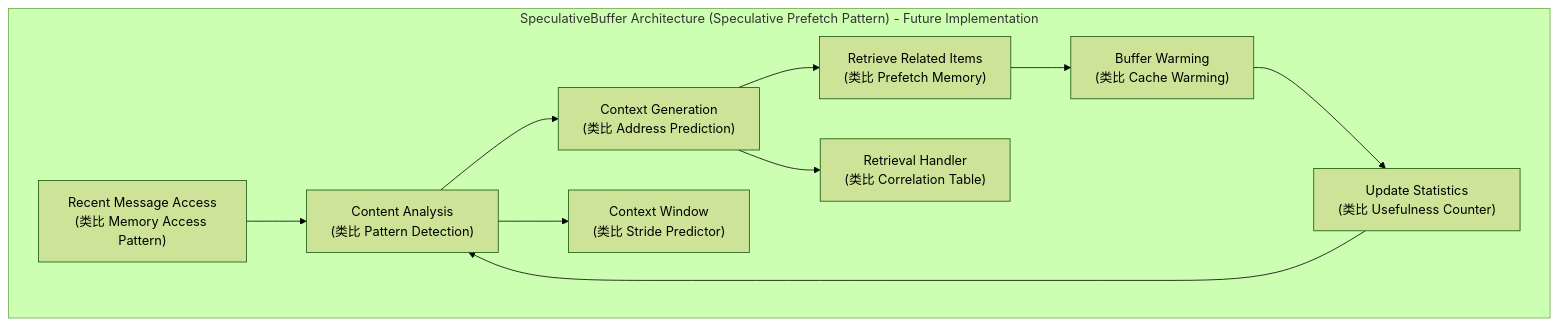
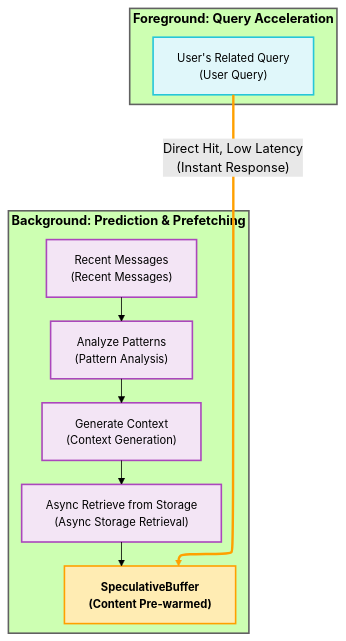
Before and after one commit to memfuse/memfuse: diagram 15 of 25 in docs/architecture/buffer.md, drawn with Mermaid (forest theme). The commit also changed other lines of this file and 40 other files, not shown here.

First line of the commit message:
feat(buffer): update architecture and implementation status

````diff
--- a/docs/architecture/buffer.md
+++ b/docs/architecture/buffer.md
@@ -559,18 +638,37 @@
 ```mermaid
-graph TB
-    subgraph "SpeculativeBuffer Architecture (Speculative Prefetch Pattern) - Future Implementation"
-        A["Recent Message Access<br/>(类比 Memory Access Pattern)"] --> B["Content Analysis<br/>(类比 Pattern Detection)"]
-        B --> C["Context Generation<br/>(类比 Address Prediction)"]
-        C --> D["Retrieve Related Items<br/>(类比 Prefetch Memory)"]
-        D --> E["Buffer Warming<br/>(类比 Cache Warming)"]
-
-        F["Context Window<br/>(类比 Stride Predictor)"]
-        G["Retrieval Handler<br/>(类比 Correlation Table)"]
-        H["Update Statistics<br/>(类比 Usefulness Counter)"]
-
-        B --> F
-        C --> G
-        E --> H
-        H --> B
-    end
+---
+config:
+  layout: elk
+---
+flowchart TD
+ subgraph background_sub["Background: Prediction & Prefetching"]
+        B["Analyze Patterns<br>(Pattern Analysis)"]
+        A["Recent Messages<br>(Recent Messages)"]
+        C["Generate Context<br>(Context Generation)"]
+        D["Async Retrieve from Storage<br>(Async Storage Retrieval)"]
+        E["SpeculativeBuffer<br>(Content Pre-warmed)"]
+  end
+ subgraph foreground_sub["Foreground: Query Acceleration"]
+        F@{ label: "User's Related Query<br>(User Query)" }
+  end
+    A --> B
+    B --> C
+    C --> D
+    D --> E
+    F -- "Direct Hit, Low Latency<br>(Instant Response)" --> E
+    F@{ shape: rect}
+     A:::background_node
+     B:::background_node
+     C:::background_node
+     D:::background_node
+     E:::hit_node
+     F:::foreground_node
+     background_sub:::header_style
+     foreground_sub:::header_style
+    classDef default fill:#fff,stroke:#333,stroke-width:2px,font-size:14px,white-space:nowrap
+    classDef header_style stroke:#616161,stroke-width:2px,color:black,font-weight:bold,font-size:16px,white-space:nowrap
+    classDef background_node fill:#F3E5F5,stroke:#AB47BC
+    classDef foreground_node fill:#E0F7FA,stroke:#26C6DA
+    classDef hit_node fill:#FFECB3,stroke:#FFA000,font-weight:bold
+    linkStyle 4 stroke:#FFA000,stroke-width:3px,fill:none
 ```
````
